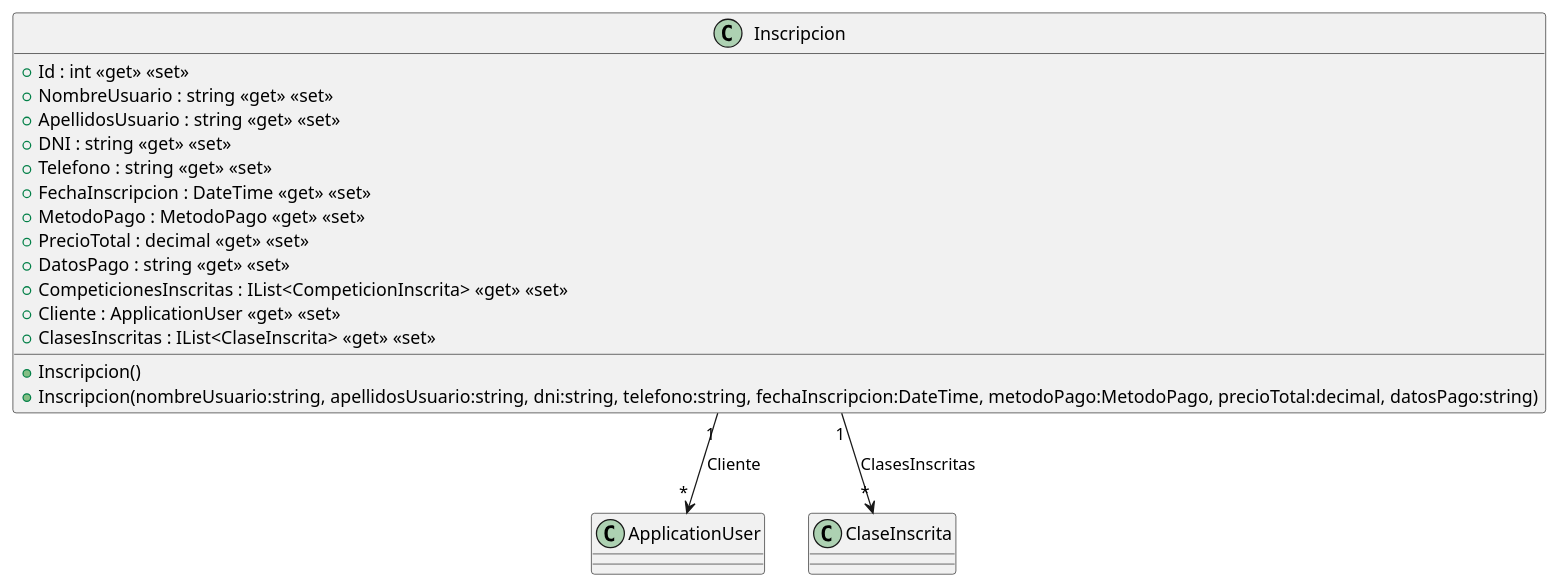
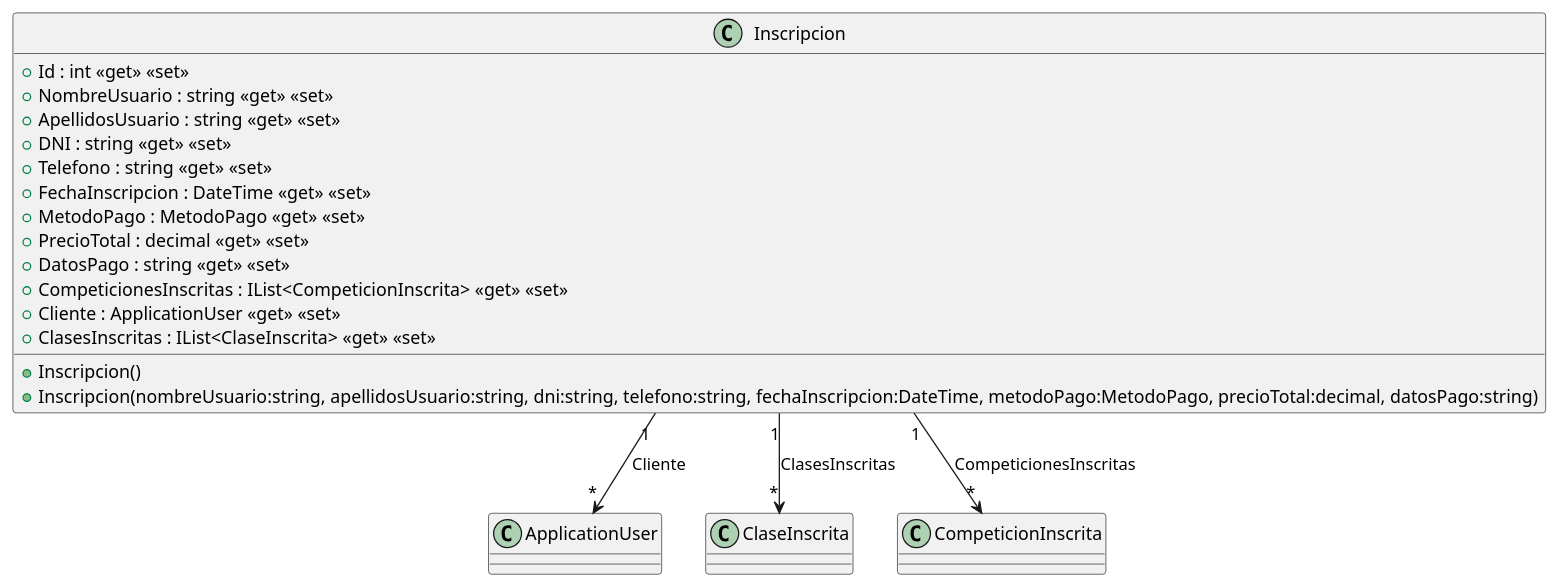
The diagram in src/AppForSEII.API/ClassDiagram/Inscripcion.puml (ISII26-27RJD/ISII2627-RDJ), drawn with PlantUML before and after one commit. The commit also changed 7 other files, not shown here.

Commit message:
Constructores añadidos asi como archivos .puml para el diagrama de clases del caso de uso inscribirse a una competicion.

```diff
--- a/src/AppForSEII.API/ClassDiagram/Inscripcion.puml
+++ b/src/AppForSEII.API/ClassDiagram/Inscripcion.puml
@@ -1,22 +1,24 @@
 @startuml
 class Inscripcion {
     + Inscripcion()
     + Inscripcion(nombreUsuario:string, apellidosUsuario:string, dni:string, telefono:string, fechaInscripcion:DateTime, metodoPago:MetodoPago, precioTotal:decimal, datosPago:string)
     + Id : int <<get>> <<set>>
     + NombreUsuario : string <<get>> <<set>>
     + ApellidosUsuario : string <<get>> <<set>>
     + DNI : string <<get>> <<set>>
     + Telefono : string <<get>> <<set>>
     + FechaInscripcion : DateTime <<get>> <<set>>
     + MetodoPago : MetodoPago <<get>> <<set>>
     + PrecioTotal : decimal <<get>> <<set>>
     + DatosPago : string <<get>> <<set>>
     + CompeticionesInscritas : IList<CompeticionInscrita> <<get>> <<set>>
     + Cliente : ApplicationUser <<get>> <<set>>
     + ClasesInscritas : IList<ClaseInscrita> <<get>> <<set>>
 }
 
 Inscripcion "1" --> "*" ApplicationUser : Cliente
 Inscripcion "1" --> "*" ClaseInscrita : ClasesInscritas
 
+Inscripcion "1" --> "*" CompeticionInscrita : CompeticionesInscritas
+
 @enduml
```
